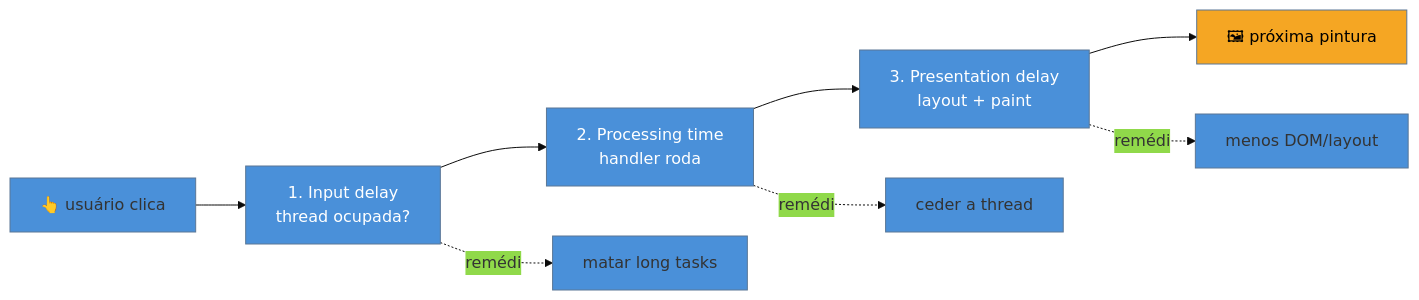
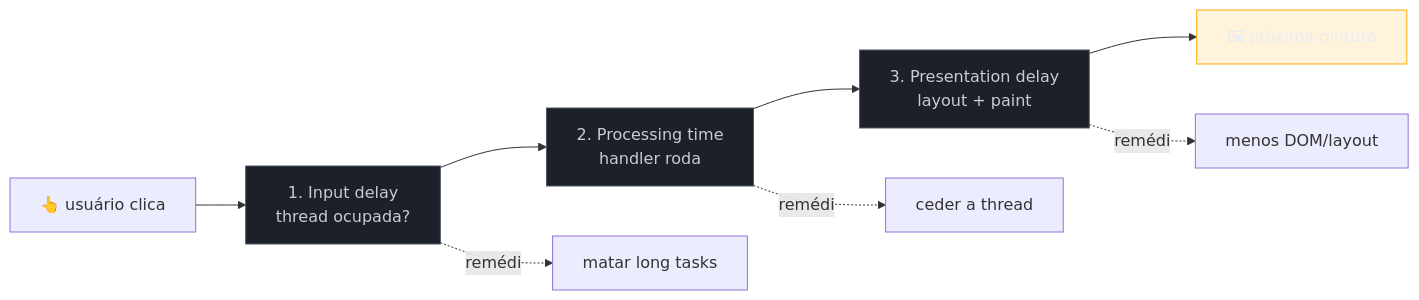
Before and after one commit to josenaldo/codex-technomanticus: the diagram in 03-Dominios/Tecnologia/Web Performance/Performance de Runtime e Rendering/03 - INP a fundo.md, drawn with Mermaid. The commit also changed 1181 other files, not shown here.

First line of the commit message:
fix(diagramas): paleta do sistema no lugar de cor cravada no markdown

````diff
--- a/03-Dominios/Tecnologia/Web Performance/Performance de Runtime e Rendering/03 - INP a fundo.md
+++ b/03-Dominios/Tecnologia/Web Performance/Performance de Runtime e Rendering/03 - INP a fundo.md
@@ -29,15 +29,16 @@
 ```mermaid
-%%{init: {"theme": "base", "themeVariables": {"primaryColor": "#4A90D9"}}}%%
 graph LR
+    classDef neutro fill:#1B2029,stroke:#4E5666,color:#C6CCD8
+    classDef destaque fill:#FFAA0024,stroke:#FFAA00,color:#E9ECF2
     A["👆 usuário clica"] --> B["1. Input delay<br/>thread ocupada?"]
     B --> C["2. Processing time<br/>handler roda"]
     C --> D["3. Presentation delay<br/>layout + paint"]
     D --> E["🖼 próxima pintura"]
     B -.remédio.-> B1["matar long tasks"]
     C -.remédio.-> C1["ceder a thread"]
     D -.remédio.-> D1["menos DOM/layout"]
-    style B fill:#4A90D9,color:#fff
-    style C fill:#4A90D9,color:#fff
-    style D fill:#4A90D9,color:#fff
-    style E fill:#F5A623,color:#000
+    class B neutro
+    class C neutro
+    class D neutro
+    class E destaque
 ```
````
